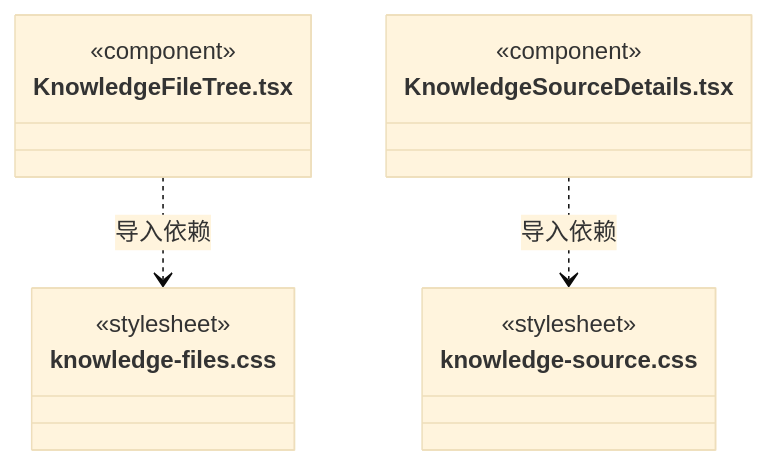
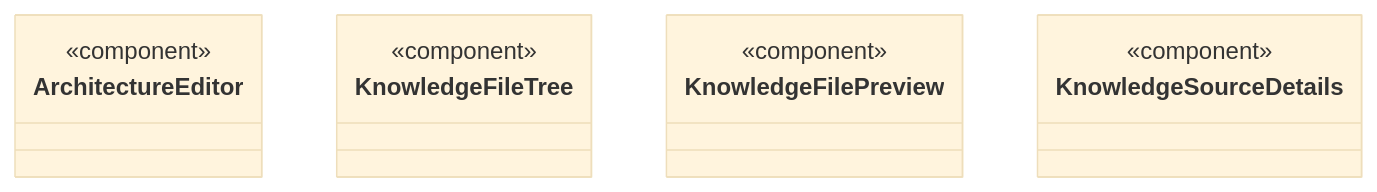
One commit to nan023062/cbim changed the diagram in src/view/knowledge/ARCHITECTURE.md. Above: the diagram before and after it, drawn with Mermaid (base theme). The commit also changed other lines of this file and 158 other files, not shown here.

Commit message:
docs: model architecture through nested virtual encapsulations

````diff
--- a/src/view/knowledge/ARCHITECTURE.md
+++ b/src/view/knowledge/ARCHITECTURE.md
@@ -357,17 +22,19 @@
 ```mermaid
 classDiagram
-class N_src_view_knowledge_KnowledgeFileTree_tsx["KnowledgeFileTree.tsx"] {
+class N_4d92e86a944d["ArchitectureEditor"] {
   <<component>>
 }
-class N_src_view_knowledge_knowledge_files_css["knowledge-files.css"] {
-  <<stylesheet>>
-}
-class N_src_view_knowledge_KnowledgeSourceDetails_tsx["KnowledgeSourceDetails.tsx"] {
+click N_4d92e86a944d href "ArchitectureEditor.tsx"
+class N_72eb806cad44["KnowledgeFileTree"] {
   <<component>>
 }
-class N_src_view_knowledge_knowledge_source_css["knowledge-source.css"] {
-  <<stylesheet>>
+click N_72eb806cad44 href "KnowledgeFileTree.tsx"
+class N_cdbae339190a["KnowledgeFilePreview"] {
+  <<component>>
 }
-N_src_view_knowledge_KnowledgeFileTree_tsx ..> N_src_view_knowledge_knowledge_files_css : 导入依赖
-N_src_view_knowledge_KnowledgeSourceDetails_tsx ..> N_src_view_knowledge_knowledge_source_css : 导入依赖
+click N_cdbae339190a href "KnowledgeFilePreview.tsx"
+class N_9c1056ee3aff["KnowledgeSourceDetails"] {
+  <<component>>
+}
+click N_9c1056ee3aff href "KnowledgeSourceDetails.tsx"
 ```
````
